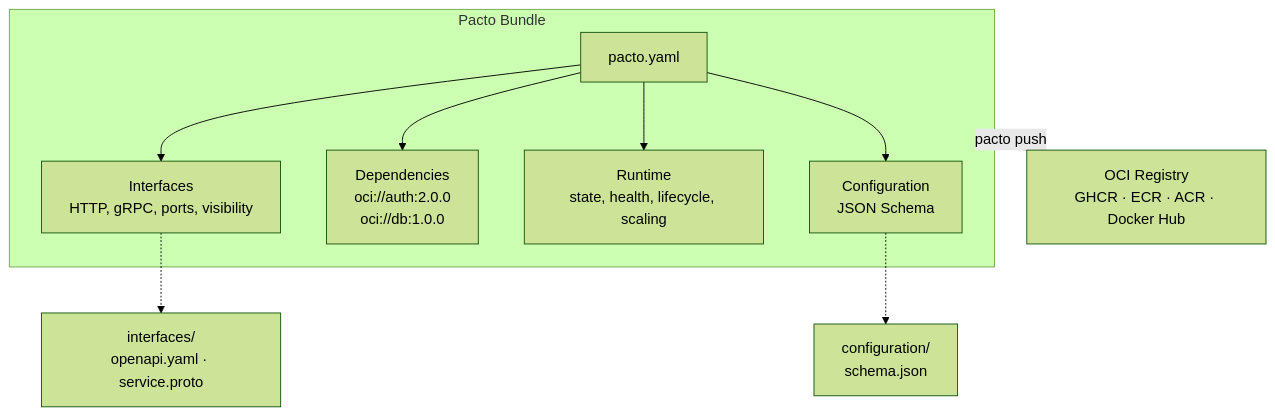
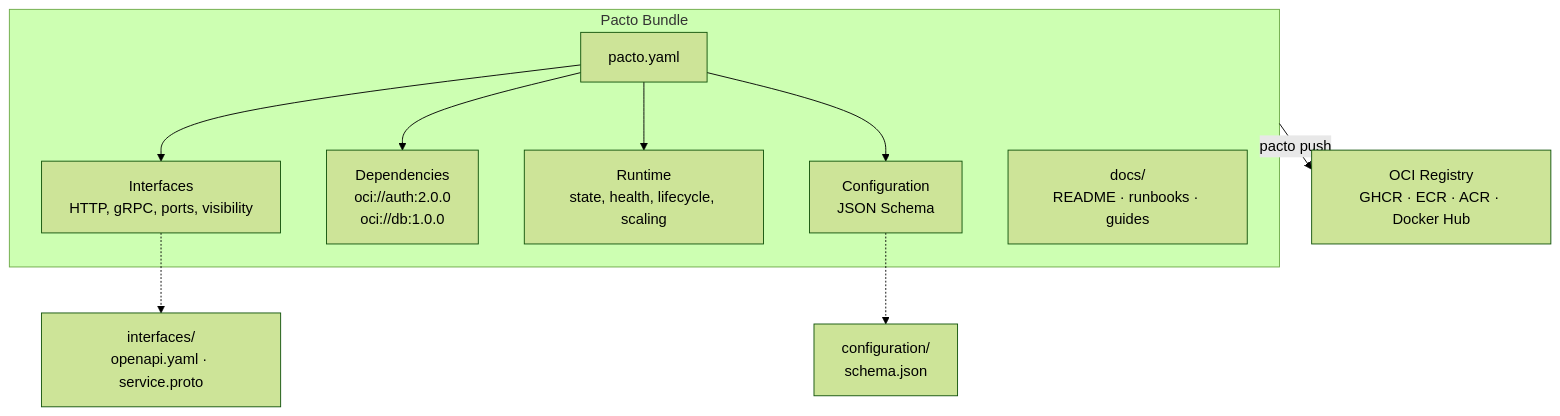
One commit to TrianaLab/pacto changed the diagram in README.md. Above: the diagram before and after it, drawn with Mermaid (forest theme). The commit also changed other lines of this file and 7 other files, not shown here.

````diff
--- a/README.md
+++ b/README.md
@@ -176,17 +178,18 @@
 ```mermaid
 graph TD
     subgraph Bundle["Pacto Bundle"]
         YAML["pacto.yaml"]
         YAML --> Interfaces["Interfaces<br/>HTTP, gRPC, ports, visibility"]
         YAML --> Dependencies["Dependencies<br/>oci://auth:2.0.0<br/>oci://db:1.0.0"]
         YAML --> Runtime["Runtime<br/>state, health, lifecycle, scaling"]
         YAML --> Config["Configuration<br/>JSON Schema"]
+        Docs["docs/<br/>README · runbooks · guides"]
     end
 
     IF["interfaces/<br/>openapi.yaml · service.proto"]
     CF["configuration/<br/>schema.json"]
 
     Interfaces -.-> IF
     Config -.-> CF
     Bundle -- "pacto push" --> Registry["OCI Registry<br/>GHCR · ECR · ACR · Docker Hub"]
 ```
````
